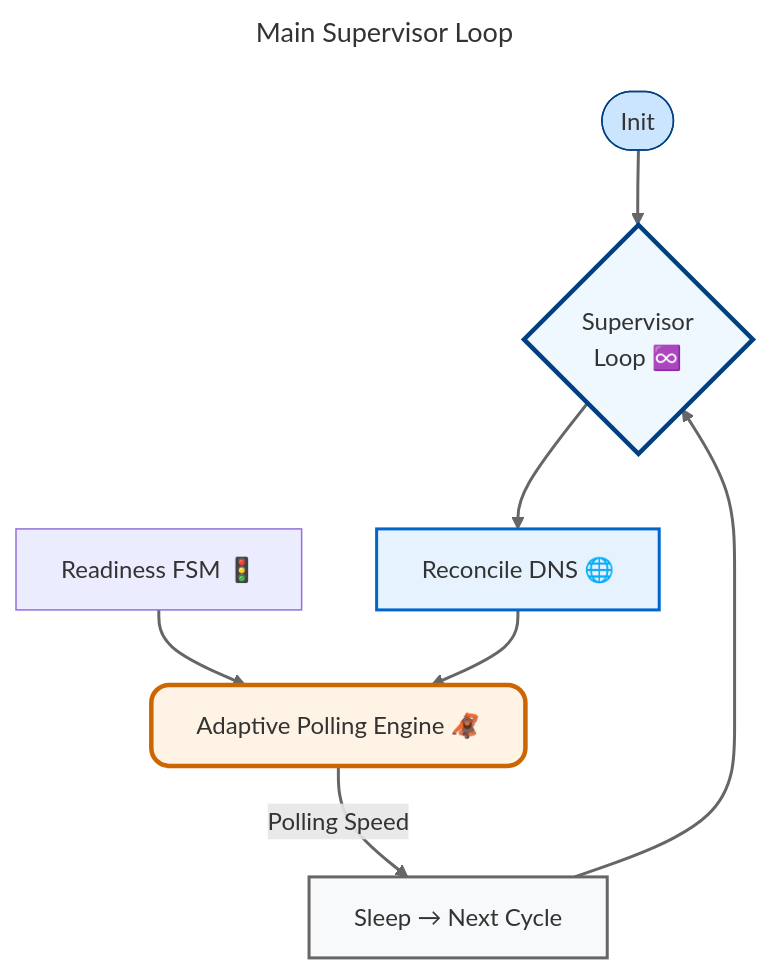
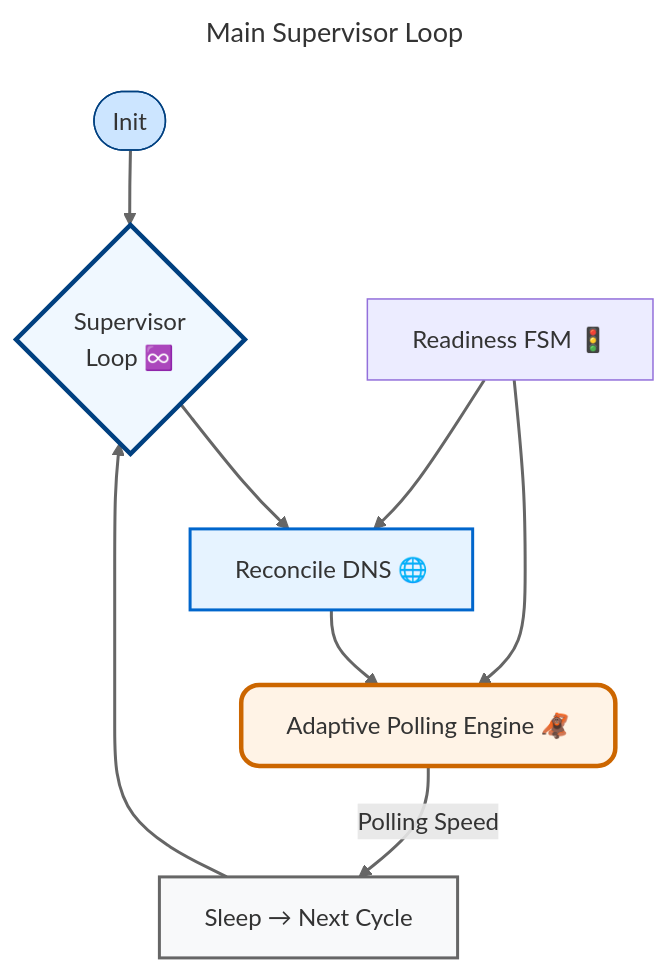
The first of 3 diagrams in docs/CONTROL_LOOP.md (bkaewell/cloudflare-verified-ddns), drawn with Mermaid before and after one commit.

Commit message:
Minor updates

````diff
--- a/docs/CONTROL_LOOP.md
+++ b/docs/CONTROL_LOOP.md
@@ -21,33 +21,33 @@
 ```mermaid
 ---
 title: Main Supervisor Loop
 config:
    look: classic
    theme: 'default'
 ---
 graph TD
     Start([Init]) --> Loop{Supervisor<br>Loop ♾️}
 
     Loop --> Update[Reconcile DNS 🌐]
 
     Readiness[Readiness FSM 🚦] --> Poll
     
     %%<br/>⚪ INIT<br/>🟡 PROBING<br/>💚 READY<br/>🔴 NOT_READY"] --> Update
 
     Update --> Poll[Adaptive Polling Engine 🦧]
 
     Poll -->  |"Polling Speed"| Sleep[Sleep → Next Cycle]
 
     Sleep -->  Loop
 
-    %% Readiness --> Poll
+    Readiness --> Update
 
     %% Visual highlights
     style Poll fill:#fff3e6,stroke:#cc6600,stroke-width:3px,rx:12,ry:12
     style Loop fill:#f0f8ff,stroke:#004080,stroke-width:3px,rx:12,ry:12
     style Update fill:#e6f3ff,stroke:#0066cc,stroke-width:2px
     style Start fill:#cce5ff,stroke:#004080,rx:12,ry:12
     style Sleep fill:#f8f9fa,stroke:#666,stroke-width:2px
 
     linkStyle default stroke:#666,stroke-width:2px
 ```
````
